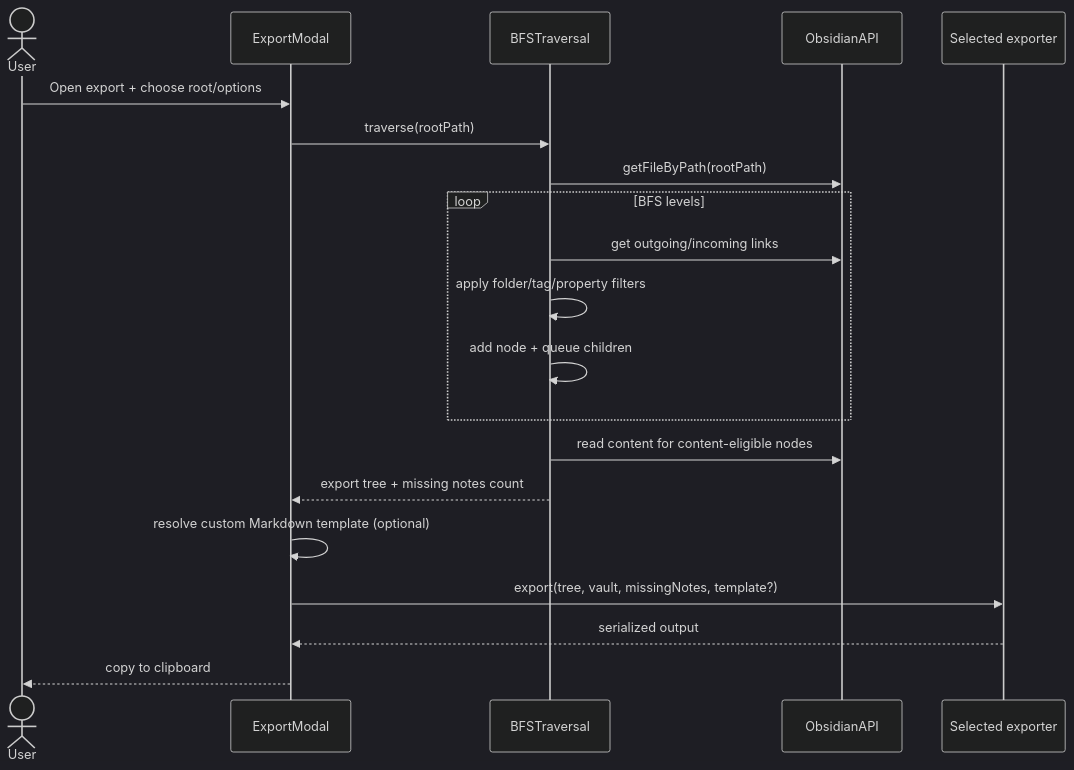
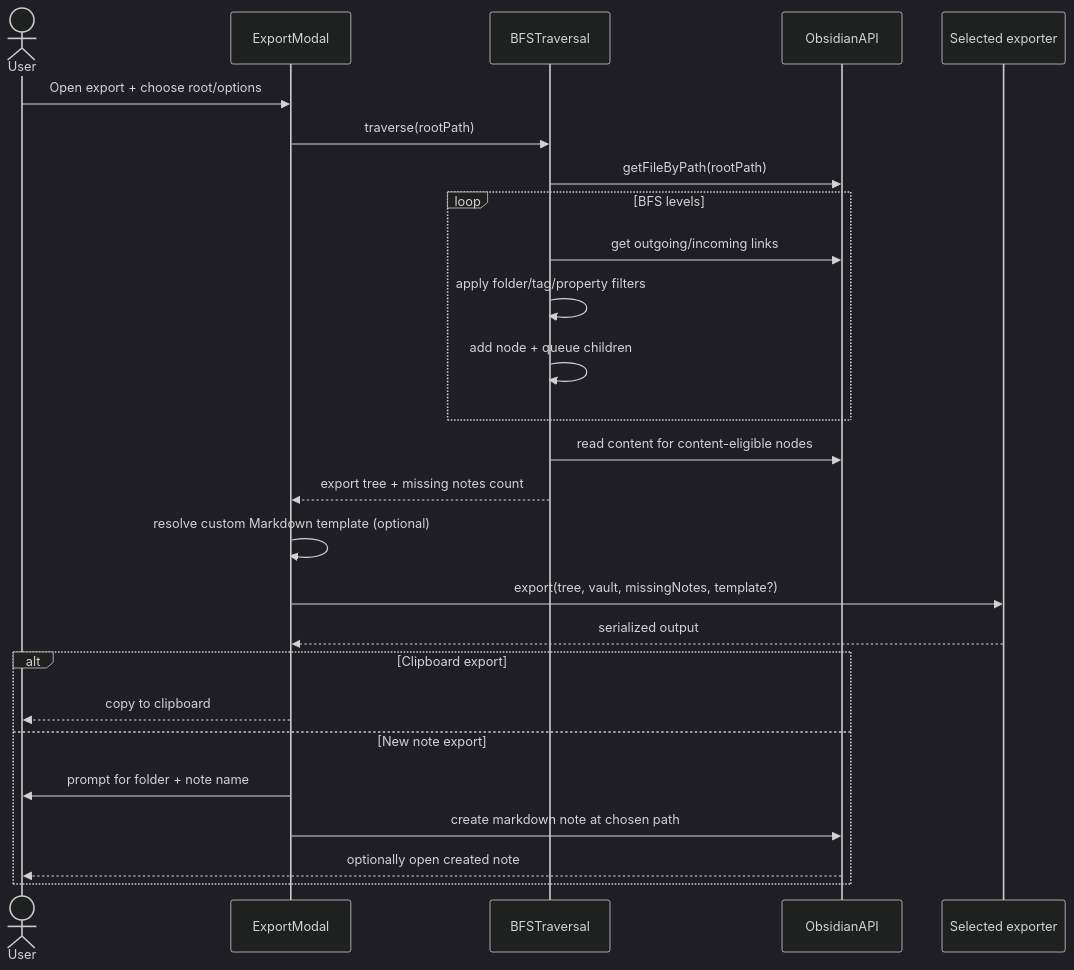
Before and after one commit to LittleHaku/obsidian-smart-export: the first of 3 diagrams in docs/export-architecture.md, drawn with Mermaid (dark theme). The commit also changed other lines of this file and 12 other files, not shown here.

````diff
--- a/docs/export-architecture.md
+++ b/docs/export-architecture.md
@@ -22,23 +22,29 @@
 ```mermaid
 sequenceDiagram
     actor User
     participant Modal as ExportModal
     participant Traversal as BFSTraversal
     participant API as ObsidianAPI
     participant Exporter as Selected exporter
 
     User->>Modal: Open export + choose root/options
     Modal->>Traversal: traverse(rootPath)
     Traversal->>API: getFileByPath(rootPath)
     loop BFS levels
         Traversal->>API: get outgoing/incoming links
         Traversal->>Traversal: apply folder/tag/property filters
         Traversal->>Traversal: add node + queue children
     end
     Traversal->>API: read content for content-eligible nodes
     Traversal-->>Modal: export tree + missing notes count
     Modal->>Modal: resolve custom Markdown template (optional)
     Modal->>Exporter: export(tree, vault, missingNotes, template?)
     Exporter-->>Modal: serialized output
-    Modal-->>User: copy to clipboard
+    alt Clipboard export
+        Modal-->>User: copy to clipboard
+    else New note export
+        Modal->>User: prompt for folder + note name
+        Modal->>API: create markdown note at chosen path
+        API-->>User: optionally open created note
+    end
 ```
````
